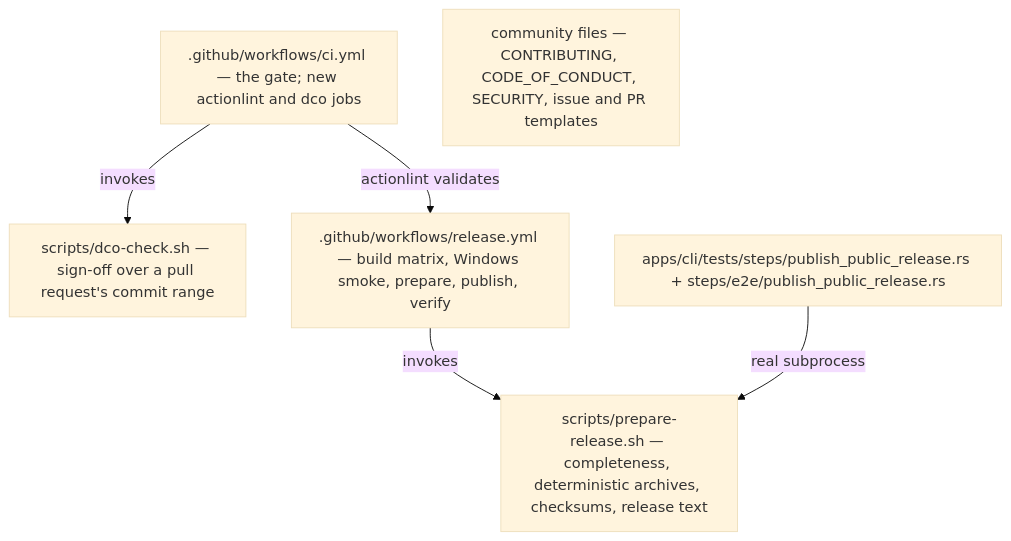
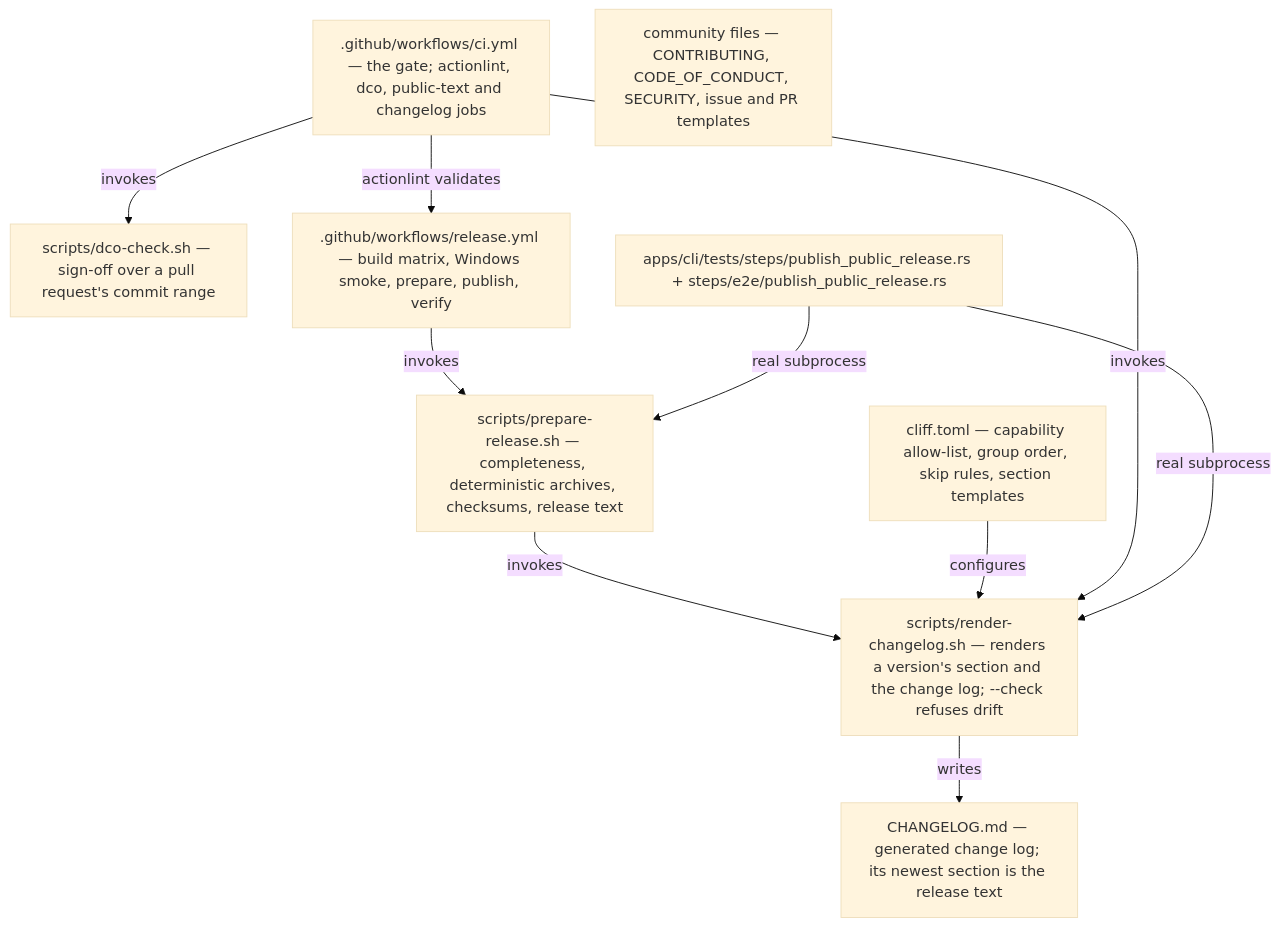
One commit to duty2cal/duty2cal changed the second of 2 diagrams in docs/arc42/05-building-block-view.md. Above: the diagram before and after it, drawn with Mermaid (base theme). The commit also changed other lines of this file and 11 other files, not shown here.

````diff
--- a/docs/arc42/05-building-block-view.md
+++ b/docs/arc42/05-building-block-view.md
@@ -25,13 +25,21 @@
 ```mermaid
 flowchart TB
   PREP["scripts/prepare-release.sh — completeness, deterministic archives, checksums, release text"]
+  RENDER["scripts/render-changelog.sh — renders a version's section and the change log; --check refuses drift"]
+  CONFIG["cliff.toml — capability allow-list, group order, skip rules, section templates"]
+  LOG["CHANGELOG.md — generated change log; its newest section is the release text"]
   DCO["scripts/dco-check.sh — sign-off over a pull request's commit range"]
-  CI[".github/workflows/ci.yml — the gate; new actionlint and dco jobs"]
+  CI[".github/workflows/ci.yml — the gate; actionlint, dco, public-text and changelog jobs"]
   REL[".github/workflows/release.yml — build matrix, Windows smoke, prepare, publish, verify"]
   COMM["community files — CONTRIBUTING, CODE_OF_CONDUCT, SECURITY, issue and PR templates"]
   STEPS["apps/cli/tests/steps/publish_public_release.rs + steps/e2e/publish_public_release.rs"]
   REL -->|invokes| PREP
+  PREP -->|invokes| RENDER
+  CONFIG -->|configures| RENDER
+  RENDER -->|writes| LOG
   CI -->|invokes| DCO
+  CI -->|invokes| RENDER
   CI -->|actionlint validates| REL
   STEPS -->|real subprocess| PREP
+  STEPS -->|real subprocess| RENDER
 ```
````
